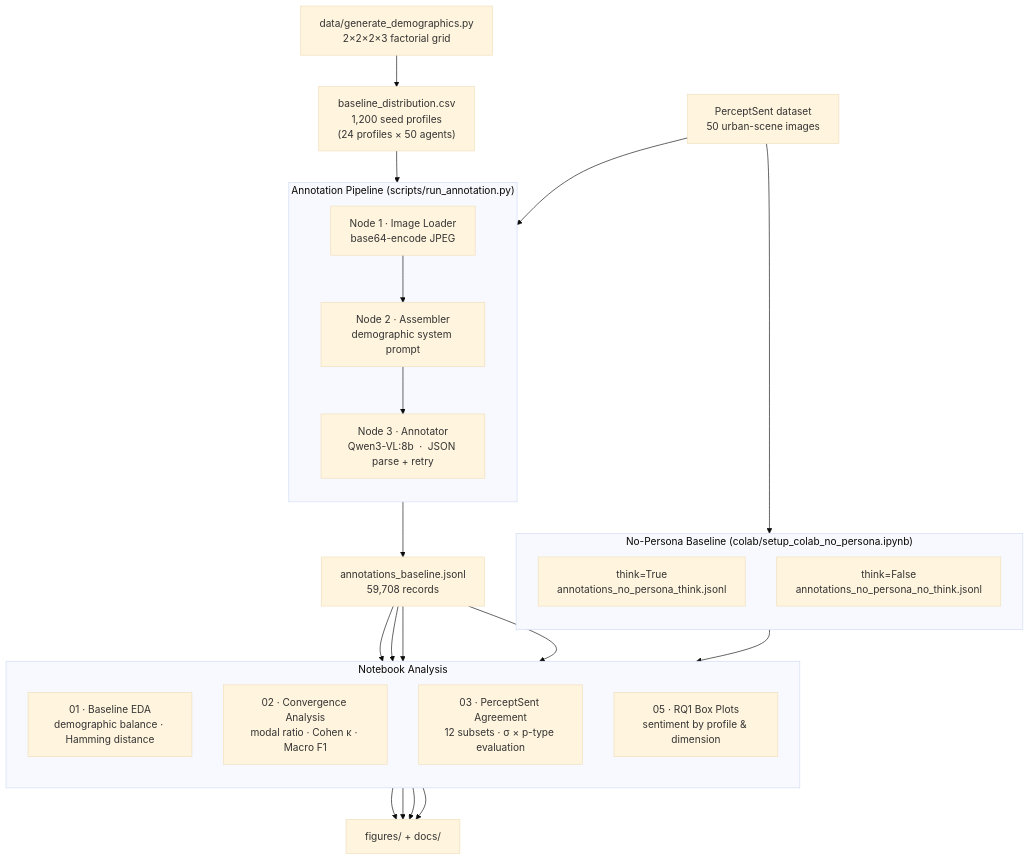
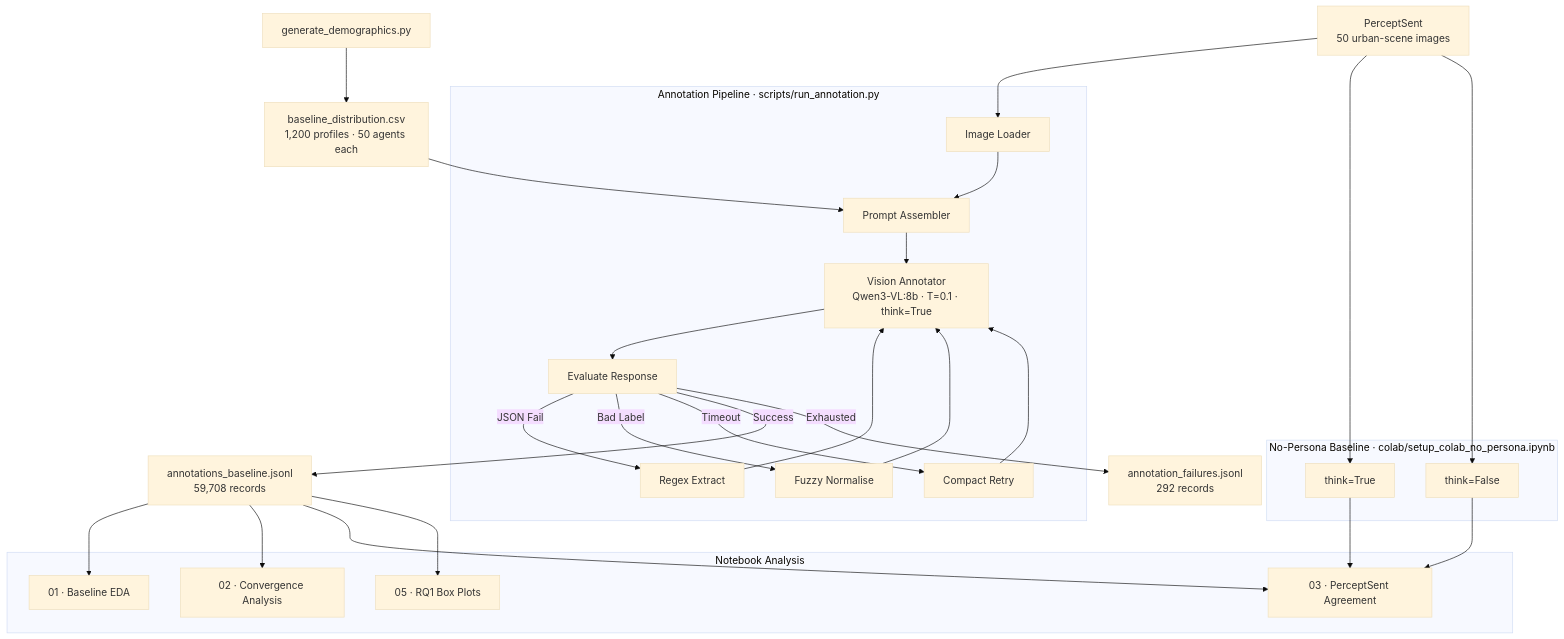
The diagram in README.md (neemiasbsilva/mllm-persona-evaluation), drawn with Mermaid (base theme) before and after one commit.

Commit message:
docs: rewrite the pipeline diagram and full reproduce guide

````diff
--- a/README.md
+++ b/README.md
@@ -9,42 +9,36 @@
 ```mermaid
 flowchart TD
-    GD["data/generate_demographics.py\n2×2×2×3 factorial grid"] --> A
+    GD["generate_demographics.py"] --> A["baseline_distribution.csv\n1,200 profiles · 50 agents each"]
 
-    A["baseline_distribution.csv\n1,200 seed profiles\n(24 profiles × 50 agents)"] --> P2
-    H["PerceptSent dataset\n50 urban-scene images"] --> P2
-
-    subgraph P2["Annotation Pipeline  (scripts/run_annotation.py)"]
-        direction TB
-        I["Node 1 · Image Loader\nbase64-encode JPEG"] --> J["Node 2 · Assembler\ndemographic system prompt"]
-        J --> K["Node 3 · Annotator\nQwen3-VL:8b  ·  JSON parse + retry"]
+    subgraph P2["Annotation Pipeline  ·  scripts/run_annotation.py"]
+        I["Image Loader"] --> J["Prompt Assembler"]
+        J --> K["Vision Annotator\nQwen3-VL:8b · T=0.1 · think=True"]
+        K --> EV["Evaluate Response"]
+        EV -->|JSON Fail| FJ["Regex Extract"]
+        EV -->|Bad Label| FL["Fuzzy Normalise"]
+        EV -->|Timeout| FT["Compact Retry"]
+        FJ & FL & FT --> K
     end
 
-    P2 --> L["annotations_baseline.jsonl\n59,708 records"]
+    A --> J
+    H["PerceptSent\n50 urban-scene images"] --> I
+    EV -->|Success| OUT["annotations_baseline.jsonl\n59,708 records"]
+    EV -->|Exhausted| FAIL["annotation_failures.jsonl\n292 records"]
 
-    H --> NP
-
-    subgraph NP["No-Persona Baseline  (colab/setup_colab_no_persona.ipynb)"]
-        direction TB
-        NP1["think=True\nannotations_no_persona_think.jsonl"]
-        NP2["think=False\nannotations_no_persona_no_think.jsonl"]
+    subgraph NP["No-Persona Baseline  ·  colab/setup_colab_no_persona.ipynb"]
+        NP1["think=True"]
+        NP2["think=False"]
     end
 
+    H --> NP1 & NP2
+
     subgraph NB["Notebook Analysis"]
-        direction TB
-        N1["01 · Baseline EDA\ndemographic balance · Hamming distance"]
-        N2["02 · Convergence Analysis\nmodal ratio · Cohen κ · Macro F1"]
-        N3["03 · PerceptSent Agreement\n12 subsets · σ × p-type evaluation"]
-        N4["05 · RQ1 Box Plots\nsentiment by profile & dimension"]
+        N1["01 · Baseline EDA"]
+        N2["02 · Convergence Analysis"]
+        N3["03 · PerceptSent Agreement"]
+        N4["05 · RQ1 Box Plots"]
     end
 
-    L --> N1
-    L --> N2
-    L --> N3
-    L --> N4
-    NP --> N3
-
-    N1 --> R["figures/  +  docs/"]
-    N2 --> R
-    N3 --> R
-    N4 --> R
+    OUT --> N1 & N2 & N3 & N4
+    NP1 & NP2 --> N3
 ```
````
